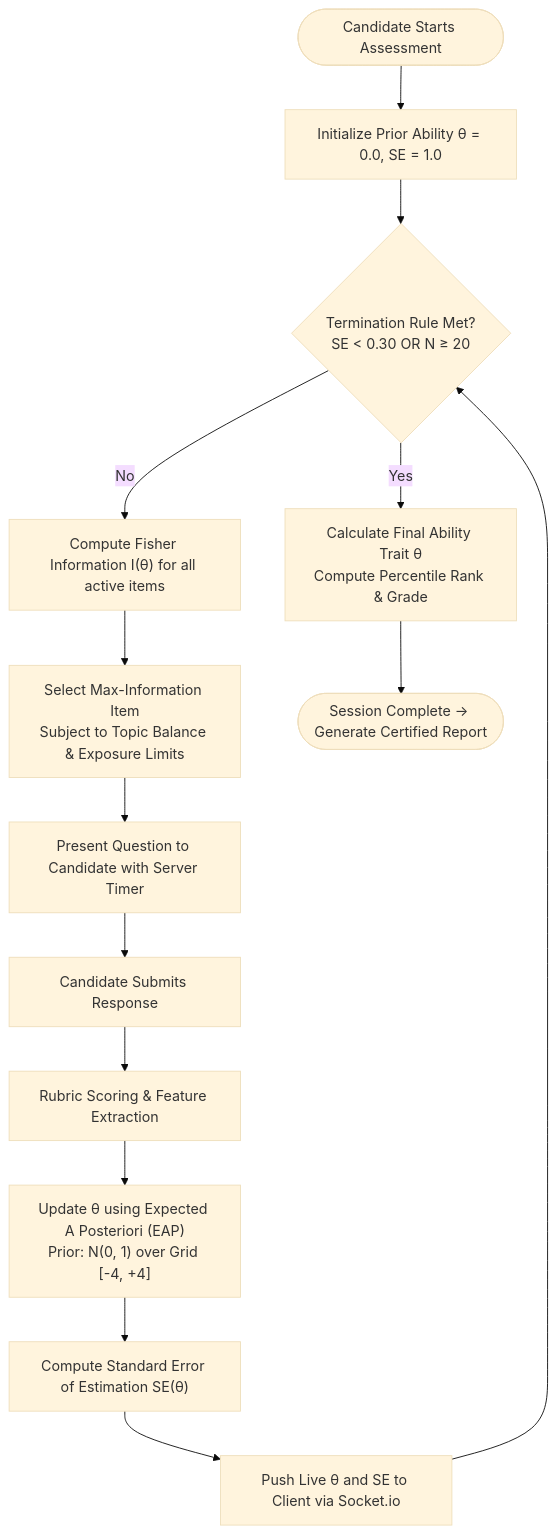
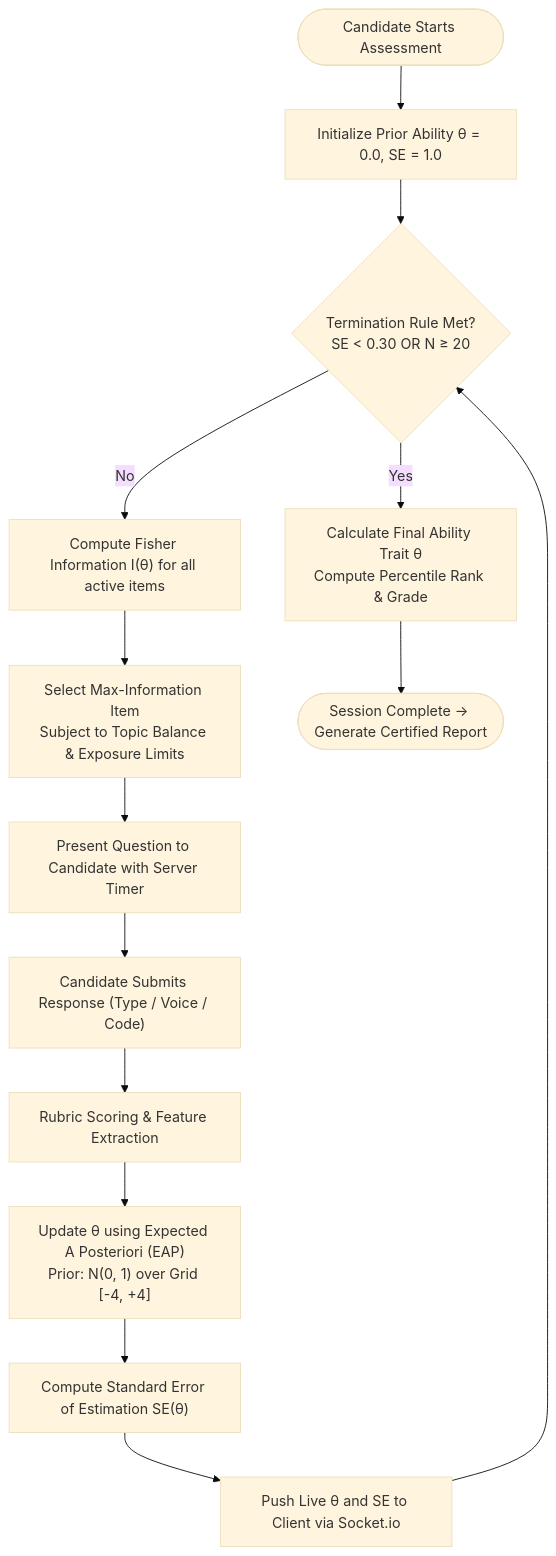
Before and after one commit to Ashishydv0903/Adaptiq: the second of 5 diagrams in docs/ARCHITECTURE.md, drawn with Mermaid (base theme). The commit also changed other lines of this file and 181 other files, not shown here.

````diff
--- a/docs/ARCHITECTURE.md
+++ b/docs/ARCHITECTURE.md
@@ -79,18 +79,18 @@
 ```mermaid
 flowchart TD
     Start([Candidate Starts Assessment]) --> InitTheta["Initialize Prior Ability &theta; = 0.0, SE = 1.0"]
     InitTheta --> CheckStop{"Termination Rule Met?<br/>SE &lt; 0.30 OR N &ge; 20"}
     
     CheckStop -- No --> CalcInfo["Compute Fisher Information I(&theta;) for all active items"]
     CalcInfo --> SelectItem["Select Max-Information Item<br/>Subject to Topic Balance &amp; Exposure Limits"]
     SelectItem --> PresentItem["Present Question to Candidate with Server Timer"]
-    PresentItem --> ReceiveResp["Candidate Submits Response"]
+    PresentItem --> ReceiveResp["Candidate Submits Response (Type / Voice / Code)"]
     ReceiveResp --> ScoreResp["Rubric Scoring &amp; Feature Extraction"]
     ScoreResp --> EAPUpdate["Update &theta; using Expected A Posteriori (EAP)<br/>Prior: N(0, 1) over Grid [-4, +4]"]
     EAPUpdate --> CalcSE["Compute Standard Error of Estimation SE(&theta;)"]
     CalcSE --> PushWS["Push Live &theta; and SE to Client via Socket.io"]
     PushWS --> CheckStop
 
     CheckStop -- Yes --> Finalize["Calculate Final Ability Trait &theta;<br/>Compute Percentile Rank &amp; Grade"]
     Finalize --> End([Session Complete &rarr; Generate Certified Report])
 ```
````
